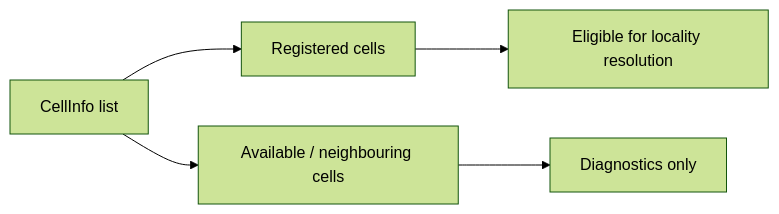
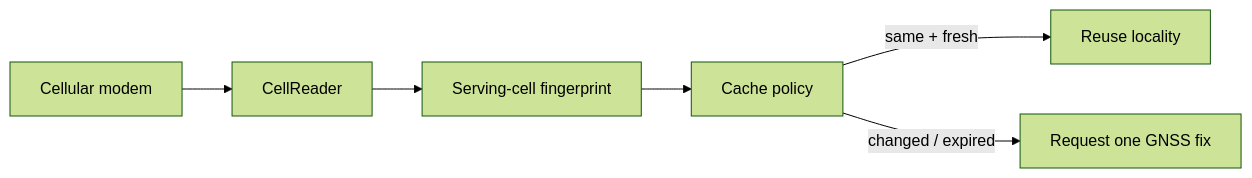
One commit to actionanand/local-tell changed the second of 6 diagrams in docs/localtell-modern-android-locality-architecture.md. Above: the diagram before and after it, drawn with Mermaid (forest theme). The commit also changed other lines of this file, not shown here.

Commit message:
docs: update LocalTell architecture for GNSS-first schema v3

````diff
--- a/docs/localtell-modern-android-locality-architecture.md
+++ b/docs/localtell-modern-android-locality-architecture.md
@@ -137,7 +112,8 @@
 ```mermaid
 flowchart LR
-    A[CellInfo list] --> B[Registered cells]
-    A --> C[Available / neighbouring cells]
-    B --> D[Eligible for locality resolution]
-    C --> E[Diagnostics only]
+    A[Cellular modem] --> B[CellReader]
+    B --> C[Serving-cell fingerprint]
+    C --> D[Cache policy]
+    D -->|same + fresh| E[Reuse locality]
+    D -->|changed / expired| F[Request one GNSS fix]
 ```
````
